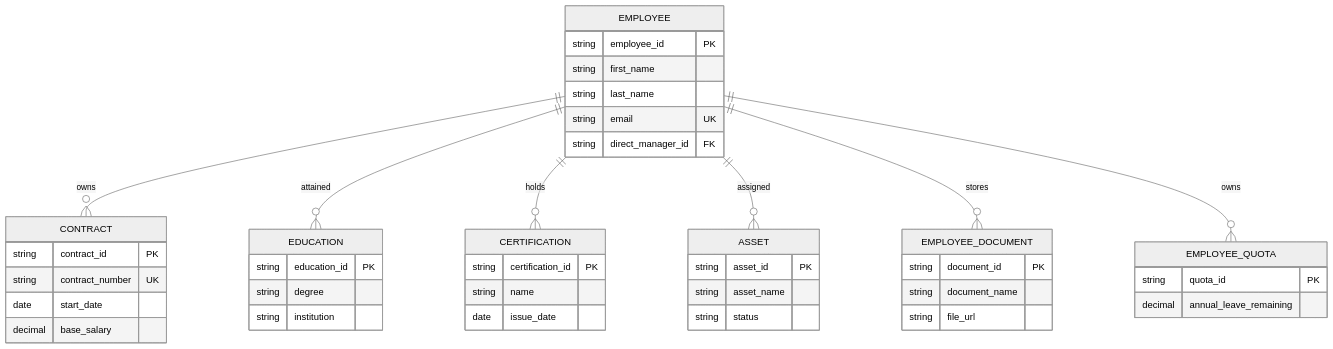
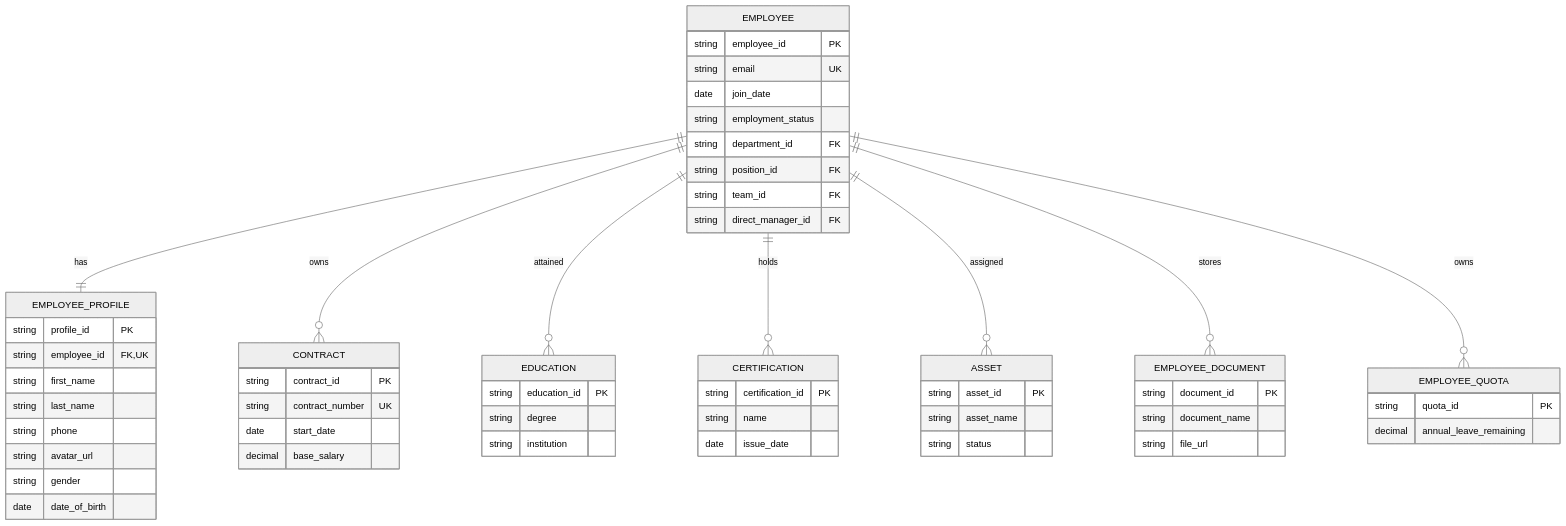
The third of 4 diagrams in databases/README.md (votrongdao/Copilot.HR), drawn with Mermaid (neutral theme) before and after one commit. The commit also changed other lines of this file and 35 other files, not shown here.

````diff
--- a/databases/README.md
+++ b/databases/README.md
@@ -252,47 +314,61 @@
 ```mermaid
 erDiagram
+    EMPLOYEE ||--|| EMPLOYEE_PROFILE : "has"
     EMPLOYEE ||--o{ CONTRACT : "owns"
     EMPLOYEE ||--o{ EDUCATION : "attained"
     EMPLOYEE ||--o{ CERTIFICATION : "holds"
     EMPLOYEE ||--o{ ASSET : "assigned"
     EMPLOYEE ||--o{ EMPLOYEE_DOCUMENT : "stores"
     EMPLOYEE ||--o{ EMPLOYEE_QUOTA : "owns"
 
     EMPLOYEE {
         string employee_id PK
+        string email UK
+        date join_date
+        string employment_status
+        string department_id FK
+        string position_id FK
+        string team_id FK
+        string direct_manager_id FK
+    }
+    EMPLOYEE_PROFILE {
+        string profile_id PK
+        string employee_id FK, UK
         string first_name
         string last_name
-        string email UK
-        string direct_manager_id FK
+        string phone
+        string avatar_url
+        string gender
+        date date_of_birth
     }
     CONTRACT {
         string contract_id PK
         string contract_number UK
         date start_date
         decimal base_salary
     }
     EDUCATION {
         string education_id PK
         string degree
         string institution
     }
     CERTIFICATION {
         string certification_id PK
         string name
         date issue_date
     }
     ASSET {
         string asset_id PK
         string asset_name
         string status
     }
     EMPLOYEE_DOCUMENT {
         string document_id PK
         string document_name
         string file_url
     }
     EMPLOYEE_QUOTA {
         string quota_id PK
         decimal annual_leave_remaining
     }
 ```
````
